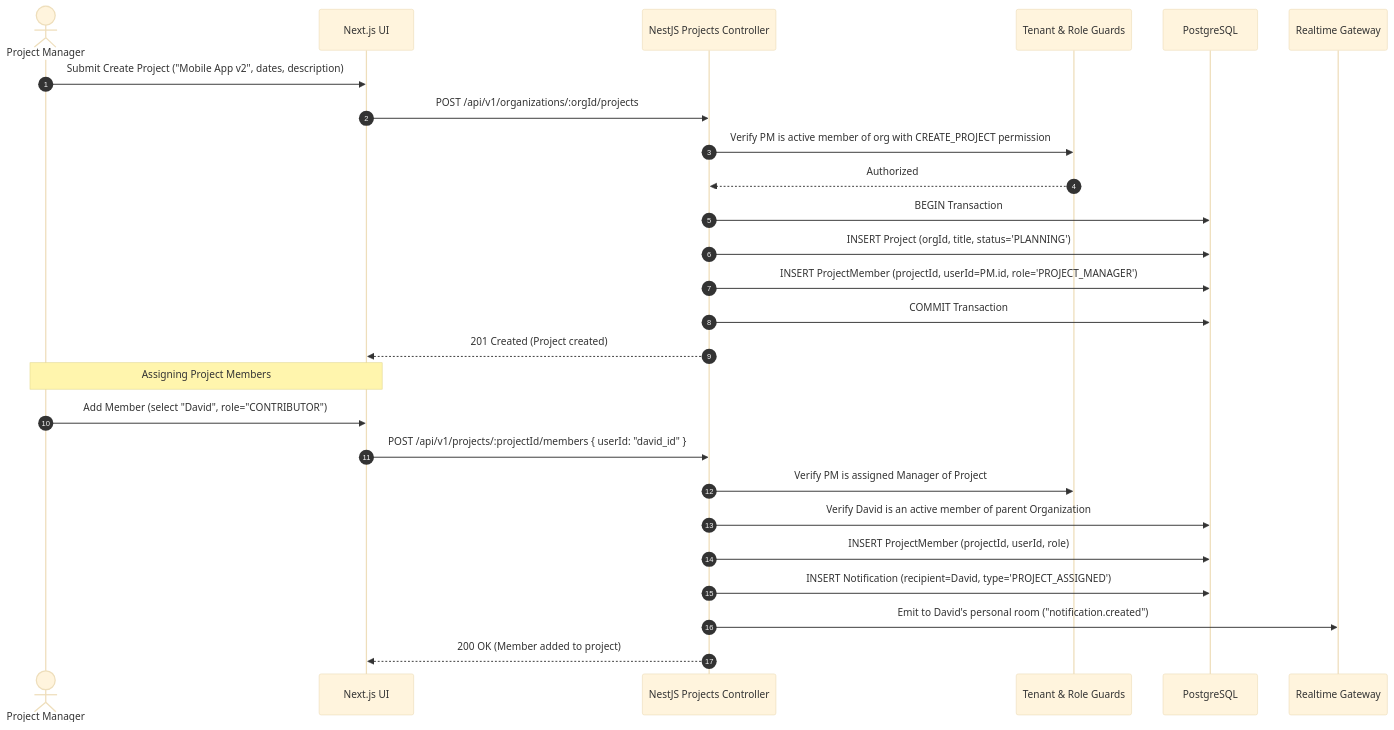
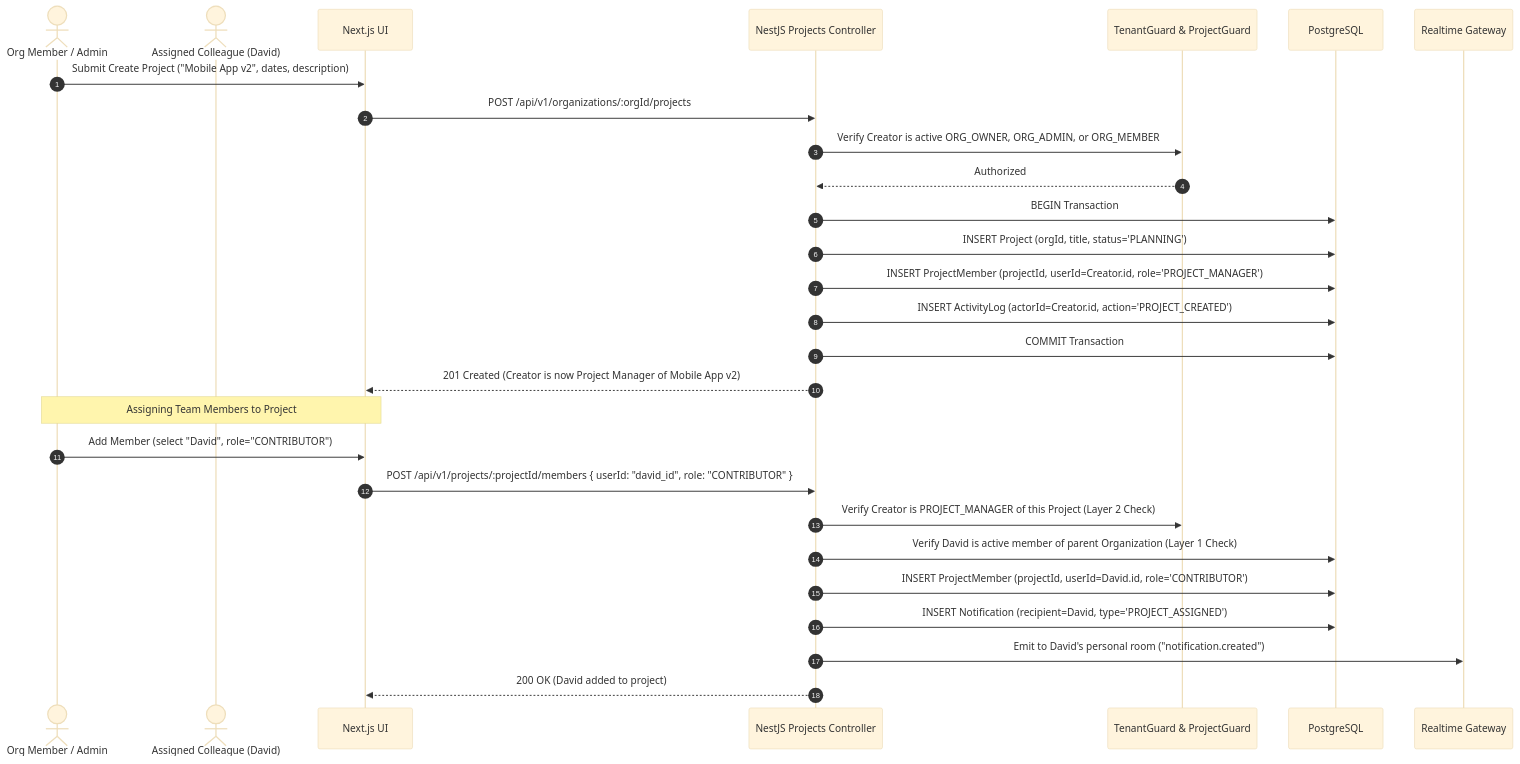
Before and after one commit to Y0oLK/teamflow: the fourth of 7 diagrams in docs/00-project-overview/user-journeys-and-workflows.md, drawn with Mermaid (base theme). The commit also changed other lines of this file and 5 other files, not shown here.

````diff
--- a/docs/00-project-overview/user-journeys-and-workflows.md
+++ b/docs/00-project-overview/user-journeys-and-workflows.md
@@ -121,31 +135,33 @@
 ```mermaid
 sequenceDiagram
     autonumber
-    actor PM as Project Manager
+    actor Creator as Org Member / Admin
+    actor Member as Assigned Colleague (David)
     participant Front as Next.js UI
     participant API as NestJS Projects Controller
-    participant Guard as Tenant & Role Guards
+    participant Guard as TenantGuard & ProjectGuard
     participant DB as PostgreSQL
     participant RT as Realtime Gateway
 
-    PM->>Front: Submit Create Project ("Mobile App v2", dates, description)
+    Creator->>Front: Submit Create Project ("Mobile App v2", dates, description)
     Front->>API: POST /api/v1/organizations/:orgId/projects
-    API->>Guard: Verify PM is active member of org with CREATE_PROJECT permission
+    API->>Guard: Verify Creator is active ORG_OWNER, ORG_ADMIN, or ORG_MEMBER
     Guard-->>API: Authorized
     API->>DB: BEGIN Transaction
     API->>DB: INSERT Project (orgId, title, status='PLANNING')
-    API->>DB: INSERT ProjectMember (projectId, userId=PM.id, role='PROJECT_MANAGER')
+    API->>DB: INSERT ProjectMember (projectId, userId=Creator.id, role='PROJECT_MANAGER')
+    API->>DB: INSERT ActivityLog (actorId=Creator.id, action='PROJECT_CREATED')
     API->>DB: COMMIT Transaction
-    API-->>Front: 201 Created (Project created)
+    API-->>Front: 201 Created (Creator is now Project Manager of Mobile App v2)
 
-    Note over PM,Front: Assigning Project Members
+    Note over Creator,Front: Assigning Team Members to Project
 
-    PM->>Front: Add Member (select "David", role="CONTRIBUTOR")
-    Front->>API: POST /api/v1/projects/:projectId/members { userId: "david_id" }
-    API->>Guard: Verify PM is assigned Manager of Project
-    API->>DB: Verify David is an active member of parent Organization
-    API->>DB: INSERT ProjectMember (projectId, userId, role)
+    Creator->>Front: Add Member (select "David", role="CONTRIBUTOR")
+    Front->>API: POST /api/v1/projects/:projectId/members { userId: "david_id", role: "CONTRIBUTOR" }
+    API->>Guard: Verify Creator is PROJECT_MANAGER of this Project (Layer 2 Check)
+    API->>DB: Verify David is active member of parent Organization (Layer 1 Check)
+    API->>DB: INSERT ProjectMember (projectId, userId=David.id, role='CONTRIBUTOR')
     API->>DB: INSERT Notification (recipient=David, type='PROJECT_ASSIGNED')
     API->>RT: Emit to David's personal room ("notification.created")
-    API-->>Front: 200 OK (Member added to project)
+    API-->>Front: 200 OK (David added to project)
 ```
````
